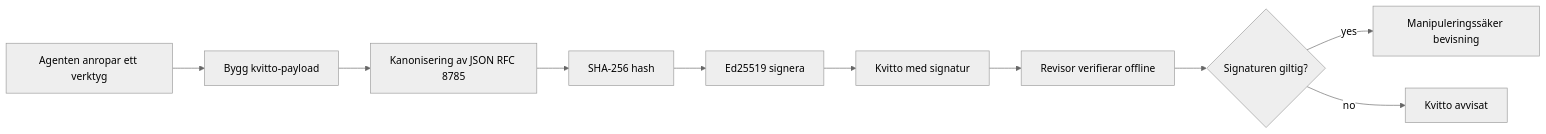
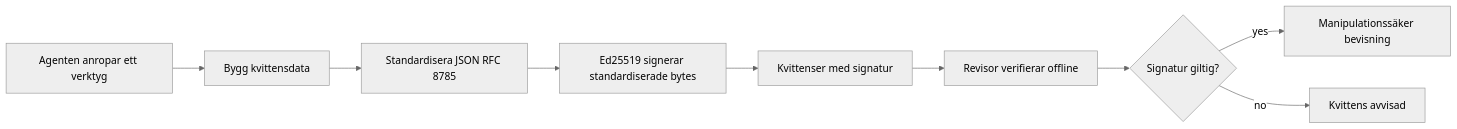
One commit to gabrielmoreira/agent-skills-mirror changed the first of 2 diagrams in mirrors/repos/microsoft@ai-agents-for-beginners/translations/sv/18-securing-ai-agents/README.md. Above: the diagram before and after it, drawn with Mermaid (neutral theme). The commit also changed other lines of this file and 4262 other files, not shown here.

````diff
--- a/mirrors/repos/microsoft@ai-agents-for-beginners/translations/sv/18-securing-ai-agents/README.md
+++ b/mirrors/repos/microsoft@ai-agents-for-beginners/translations/sv/18-securing-ai-agents/README.md
@@ -51,12 +51,11 @@
 ```mermaid
 flowchart LR
-    A[Agenten anropar ett verktyg] --> B[Bygg kvitto-payload]
-    B --> C[Kanonisering av JSON RFC 8785]
-    C --> D[SHA-256 hash]
-    D --> E[Ed25519 signera]
-    E --> F[Kvitto med signatur]
+    A[Agenten anropar ett verktyg] --> B[Bygg kvittensdata]
+    B --> C[Standardisera JSON RFC 8785]
+    C --> E[Ed25519 signerar standardiserade bytes]
+    E --> F[Kvittenser med signatur]
     F --> G[Revisor verifierar offline]
-    G --> H{Signaturen giltig?}
-    H -- yes --> I[Manipuleringssäker bevisning]
-    H -- no --> J[Kvitto avvisat]
+    G --> H{Signatur giltig?}
+    H -- yes --> I[Manipulationssäker bevisning]
+    H -- no --> J[Kvittens avvisad]
 ```
````
